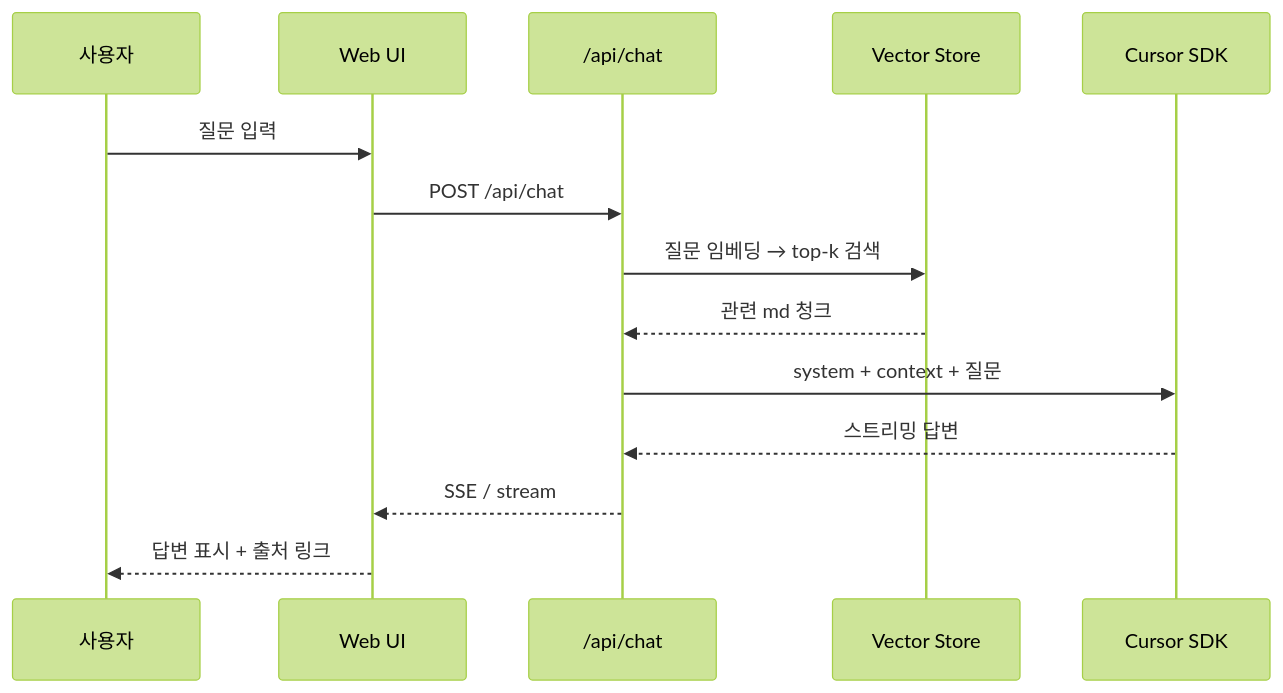
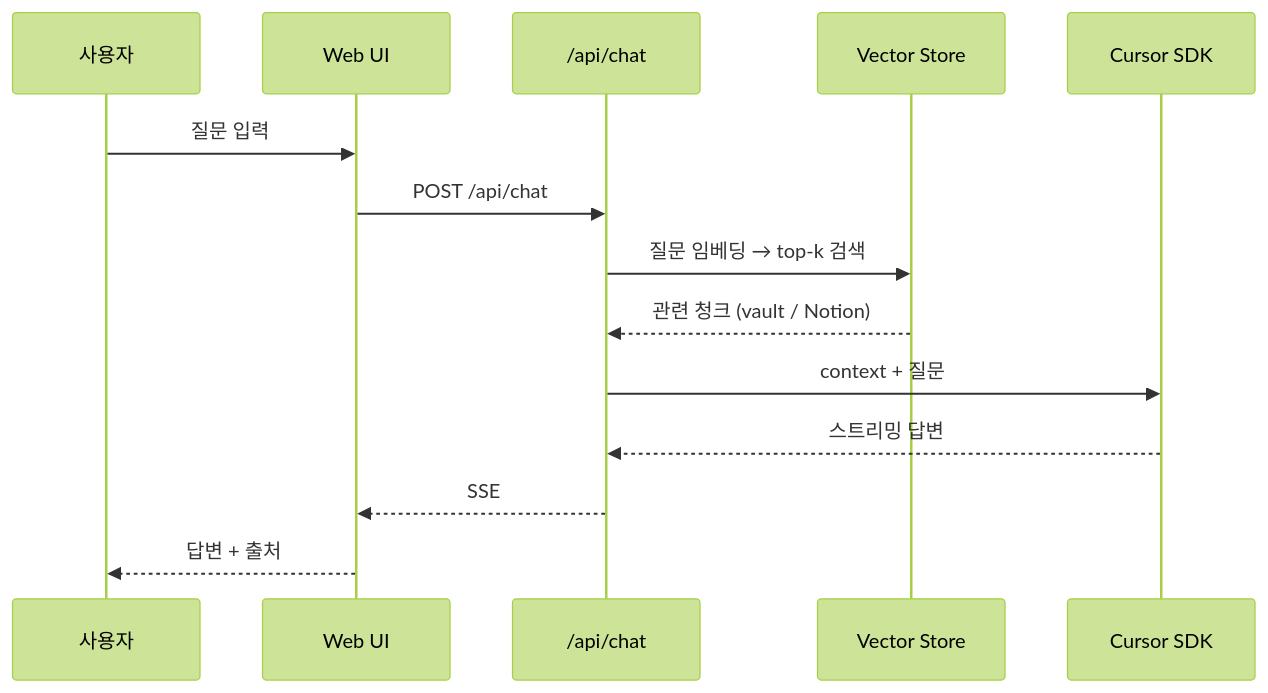
One commit to LEEHEEWON123/obsidian_chat_bot changed the second of 2 diagrams in README.md. Above: the diagram before and after it, drawn with Mermaid (forest theme). The commit also changed other lines of this file, not shown here.

First line of the commit message:
Update README with setup guide for Notion and vault indexing.

````diff
--- a/README.md
+++ b/README.md
@@ -46,17 +76,17 @@
 ```mermaid
 sequenceDiagram
     participant U as 사용자
     participant UI as Web UI
     participant API as /api/chat
     participant VS as Vector Store
     participant LLM as Cursor SDK
 
     U->>UI: 질문 입력
     UI->>API: POST /api/chat
     API->>VS: 질문 임베딩 → top-k 검색
-    VS-->>API: 관련 md 청크
-    API->>LLM: system + context + 질문
+    VS-->>API: 관련 청크 (vault / Notion)
+    API->>LLM: context + 질문
     LLM-->>API: 스트리밍 답변
-    API-->>UI: SSE / stream
-    UI-->>U: 답변 표시 + 출처 링크
+    API-->>UI: SSE
+    UI-->>U: 답변 + 출처
 ```
````
